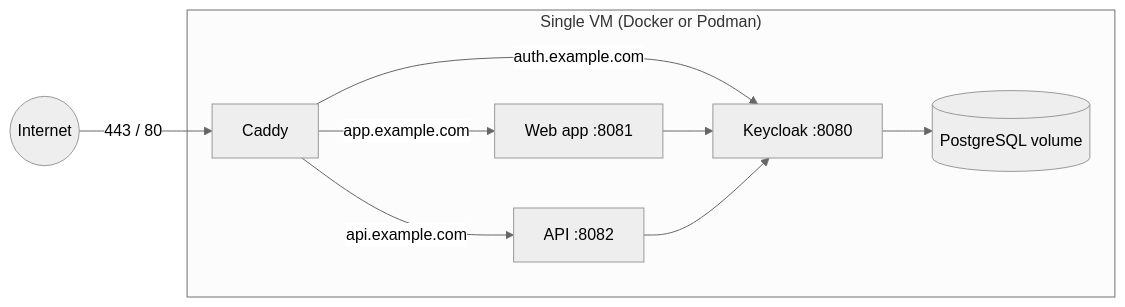
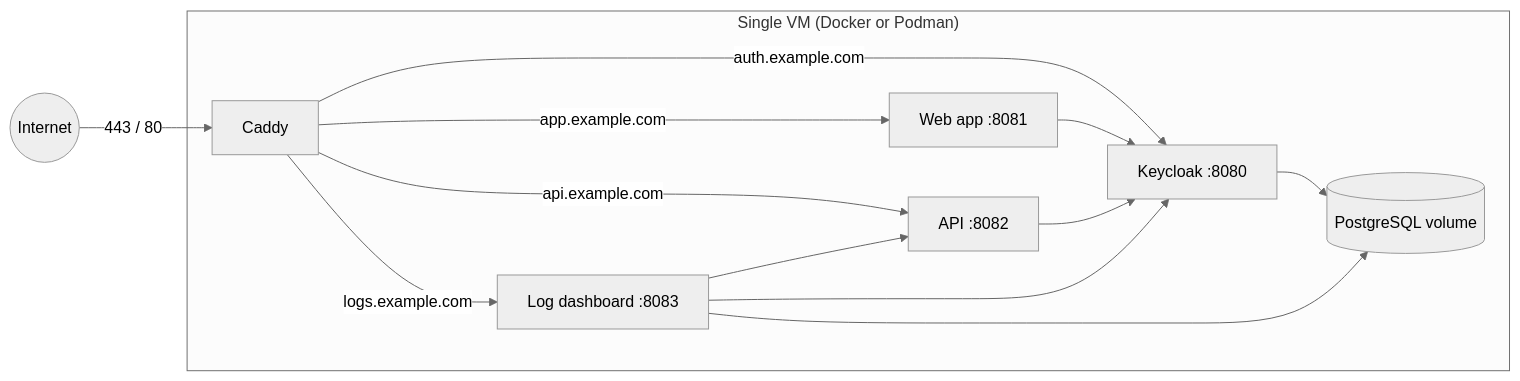
One commit to aairom/keycloak-implementation changed the diagram in Docs/Deployment.md. Above: the diagram before and after it, drawn with Mermaid (neutral theme). The commit also changed other lines of this file and 28 other files, not shown here.

````diff
--- a/Docs/Deployment.md
+++ b/Docs/Deployment.md
@@ -6,12 +6,16 @@
 ```mermaid
 flowchart LR
     Internet((Internet)) -->|443 / 80| Caddy
     subgraph Server["Single VM (Docker or Podman)"]
         Caddy -->|auth.example.com| KC[Keycloak :8080]
         Caddy -->|app.example.com| Web[Web app :8081]
         Caddy -->|api.example.com| API[API :8082]
+        Caddy -->|logs.example.com| Log[Log dashboard :8083]
         KC --> PG[(PostgreSQL volume)]
         Web --> KC
         API --> KC
+        Log --> KC
+        Log --> PG
+        Log --> API
     end
 ```
````
